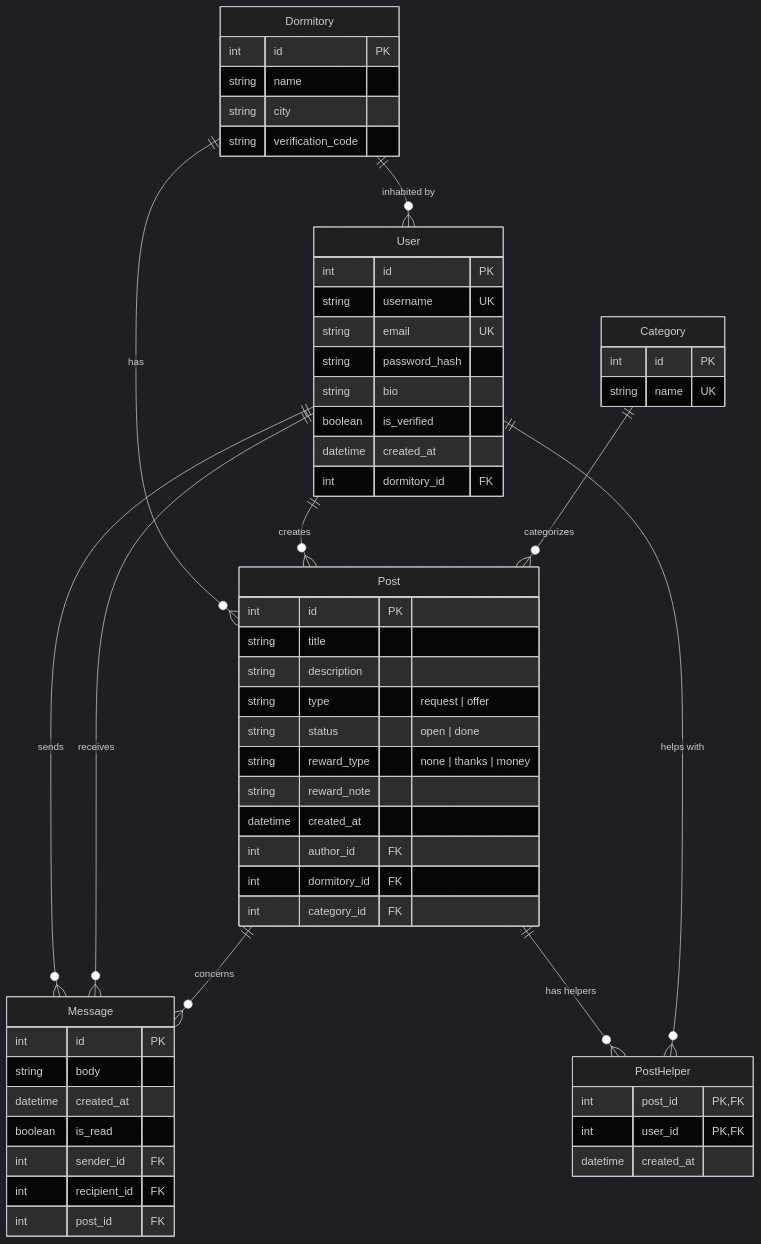
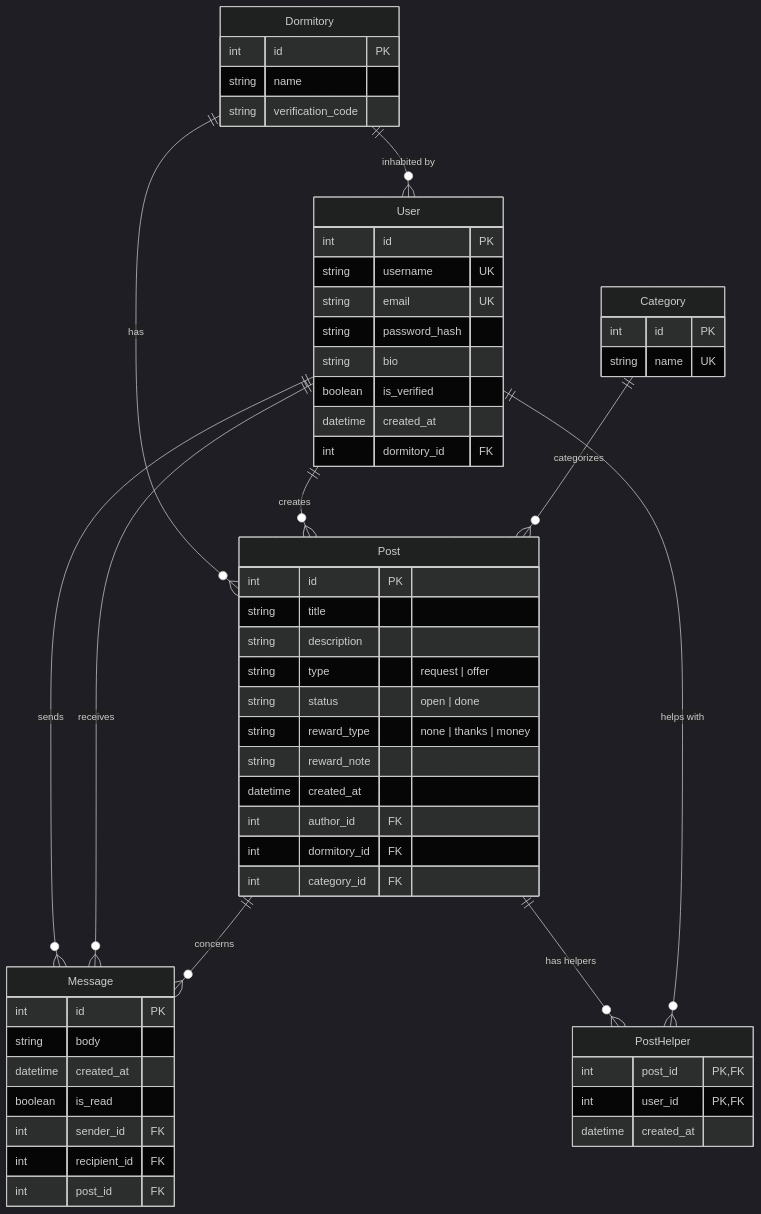
Before and after one commit to aylinRsl/FSWD-Team3: the diagram in docs/02-data-model.md, drawn with Mermaid (dark theme). The commit also changed 4 other files, not shown here.

````diff
--- a/docs/02-data-model.md
+++ b/docs/02-data-model.md
@@ -13,67 +13,66 @@
 ```mermaid
 erDiagram
     direction TB
 
     Dormitory ||--o{ User : "inhabited by"
     Dormitory ||--o{ Post : "has"
     User ||--o{ Post : "creates"
     Category ||--o{ Post : "categorizes"
     User ||--o{ Message : "sends"
     User ||--o{ Message : "receives"
     Post ||--o{ Message : "concerns"
     Post ||--o{ PostHelper : "has helpers"
     User ||--o{ PostHelper : "helps with"
 
     Dormitory {
         int id PK
         string name
-        string city
         string verification_code
     }
 
     User {
         int id PK
         string username UK
         string email UK
         string password_hash
         string bio
         boolean is_verified
         datetime created_at
         int dormitory_id FK
     }
 
     Category {
         int id PK
         string name UK
     }
 
     Post {
         int id PK
         string title
         string description
         string type "request | offer"
         string status "open | done"
         string reward_type "none | thanks | money"
         string reward_note
         datetime created_at
         int author_id FK
         int dormitory_id FK
         int category_id FK
     }
 
     PostHelper {
         int post_id PK, FK
         int user_id PK, FK
         datetime created_at
     }
 
     Message {
         int id PK
         string body
         datetime created_at
         boolean is_read
         int sender_id FK
         int recipient_id FK
         int post_id FK
     }
 ```
````
